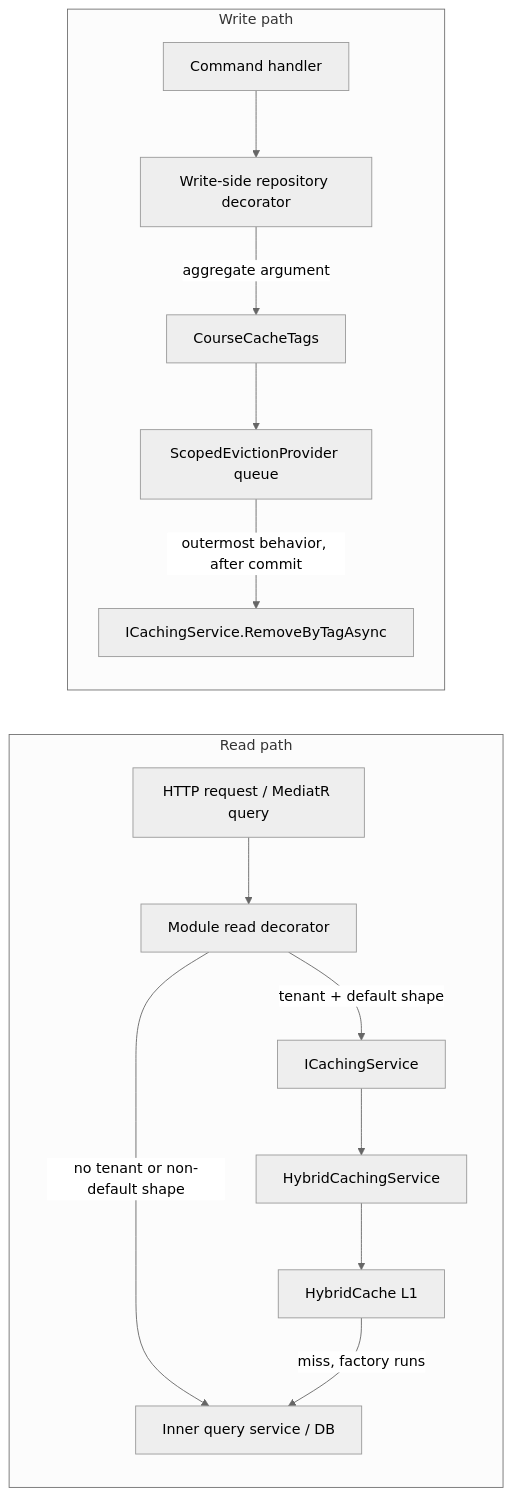
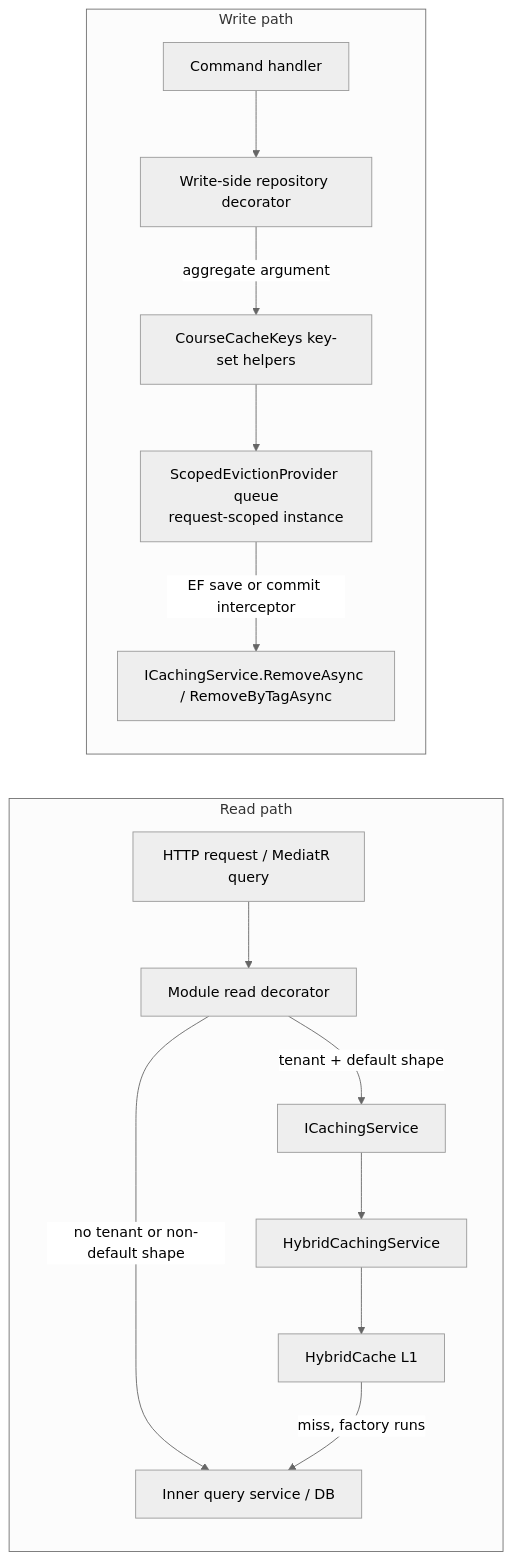
Before and after one commit to Azero77/alpha-zero: the first of 2 diagrams in docs/caching/README.md, drawn with Mermaid (neutral theme). The commit also changed other lines of this file and 2 other files, not shown here.

First line of the commit message:
docs(spec-33): update caching docs to the as-built interceptor eviction (#33)

````diff
--- a/docs/caching/README.md
+++ b/docs/caching/README.md
@@ -32,18 +32,18 @@
 ```mermaid
 flowchart LR
     subgraph Read path
         A[HTTP request / MediatR query] --> B[Module read decorator]
         B -->|no tenant or non-default shape| C[Inner query service / DB]
         B -->|tenant + default shape| D[ICachingService]
         D --> E[HybridCachingService]
         E --> F[HybridCache L1]
         F -->|miss, factory runs| C
     end
 
     subgraph Write path
         G[Command handler] --> H[Write-side repository decorator]
-        H -->|aggregate argument| I[CourseCacheTags]
-        I --> J[ScopedEvictionProvider queue]
-        J -->|outermost behavior, after commit| K[ICachingService.RemoveByTagAsync]
+        H -->|aggregate argument| I[CourseCacheKeys key-set helpers]
+        I --> J[ScopedEvictionProvider queue<br/>request-scoped instance]
+        J -->|EF save or commit interceptor| K[ICachingService.RemoveAsync / RemoveByTagAsync]
     end
 ```
````
